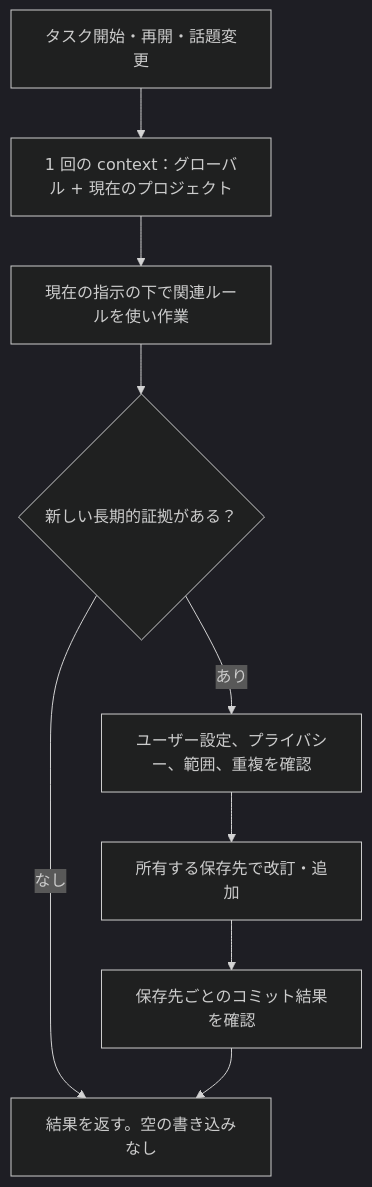
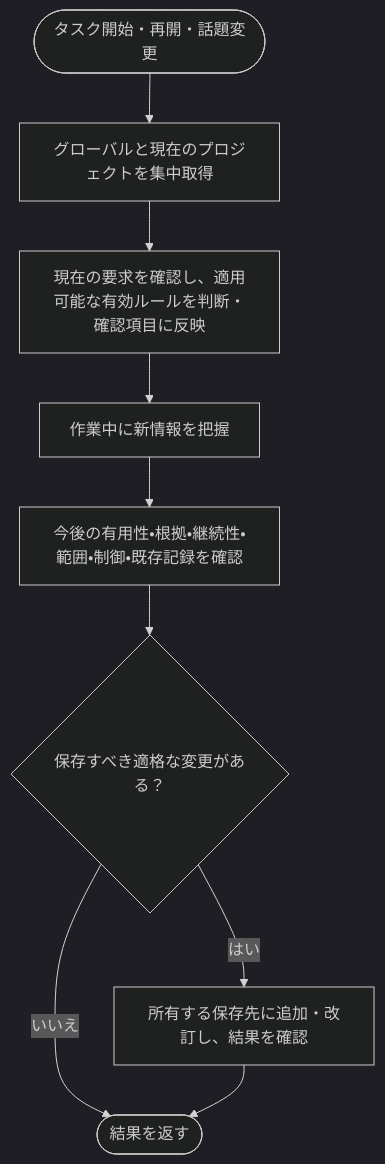
Before and after one commit to chrisstarr7/dev-memory: the second of 3 diagrams in docs/readme/README.ja.md, drawn with Mermaid (dark theme). The commit also changed other lines of this file and 6 other files, not shown here.

````diff
--- a/docs/readme/README.ja.md
+++ b/docs/readme/README.ja.md
@@ -85,11 +85,11 @@
 ```mermaid
 flowchart TD
-    R["タスク開始・再開・話題変更"] --> L["1 回の context：グローバル + 現在のプロジェクト"]
-    L --> W["現在の指示の下で関連ルールを使い作業"]
-    W --> E{"新しい長期的証拠がある？"}
-    E -- "なし" --> F["結果を返す。空の書き込みなし"]
-    E -- "あり" --> J["ユーザー設定、プライバシー、範囲、重複を確認"]
-    J --> B["所有する保存先で改訂・追加"]
-    B --> K["保存先ごとのコミット結果を確認"]
-    K --> F
+    R(["タスク開始・再開・話題変更"]) --> L["グローバルと現在のプロジェクトを集中取得"]
+    L --> A["現在の要求を確認し、適用可能な有効ルールを判断・確認項目に反映"]
+    A --> W["作業中に新情報を把握"]
+    W --> J["今後の有用性・根拠・継続性・範囲・制御・既存記録を確認"]
+    J --> G{"保存すべき適格な変更がある？"}
+    G -- "いいえ" --> F(["結果を返す"])
+    G -- "はい" --> B["所有する保存先に追加・改訂し、結果を確認"]
+    B --> F
 ```
````
